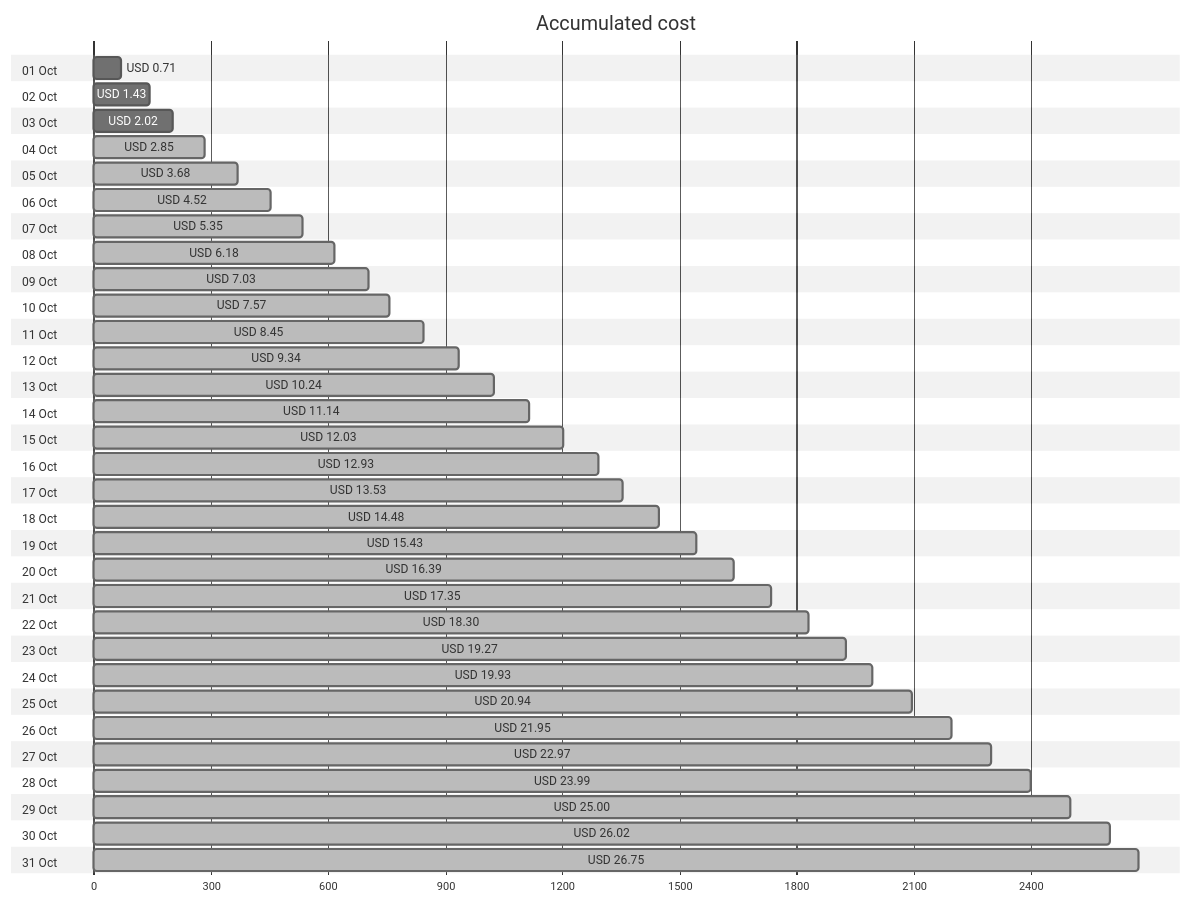
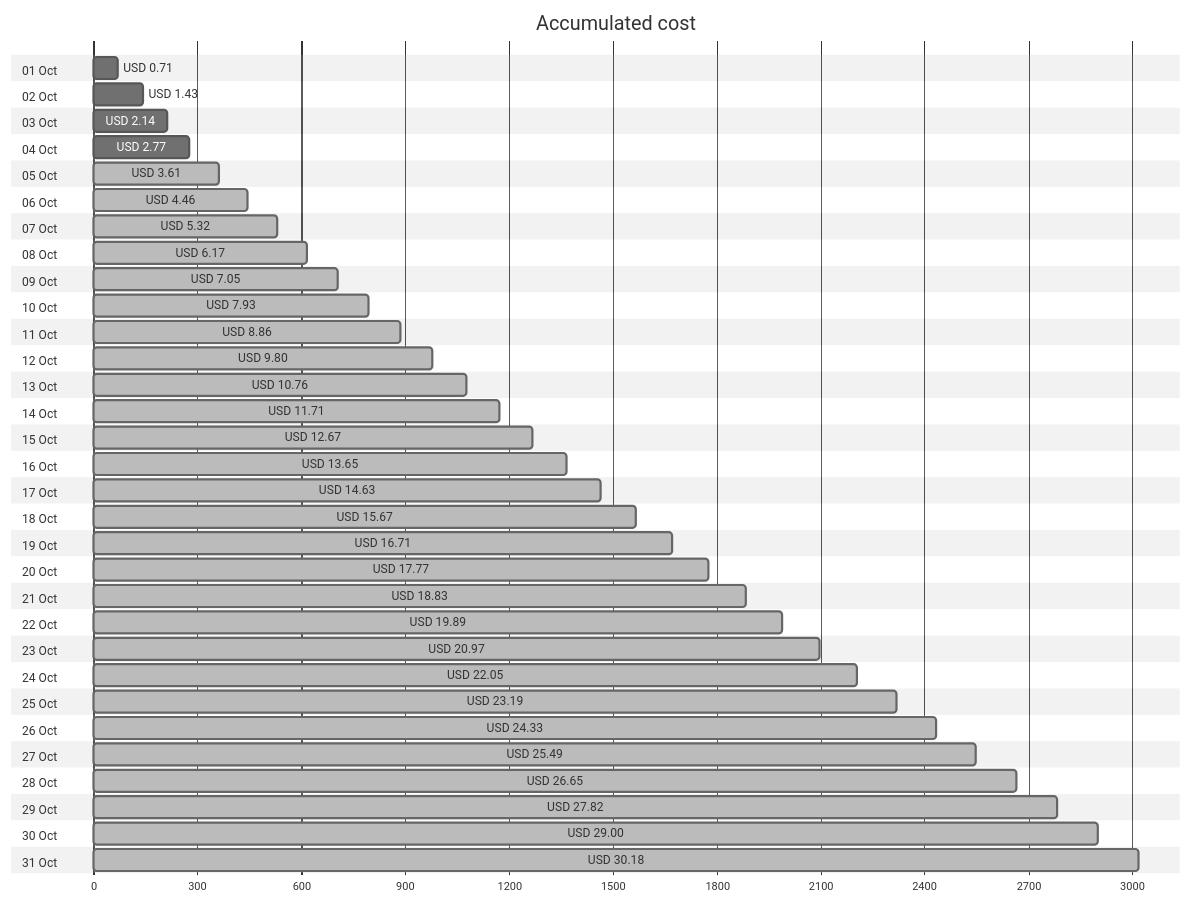
One commit to jpfulton/azure-personal-reports changed the first of 4 diagrams in cost-reports/personal-network/backup-server-data-disk.md. Above: the diagram before and after it, drawn with Mermaid (neutral theme). The commit also changed other lines of this file and 8 other files, not shown here.

````diff
--- a/cost-reports/personal-network/backup-server-data-disk.md
+++ b/cost-reports/personal-network/backup-server-data-disk.md
@@ -20,68 +20,68 @@
 ```mermaid
 gantt
    title Accumulated cost
    dateFormat  X
    axisFormat %s
    section 01 Oct
    USD 0.71 :0, 71
    section 02 Oct
    USD 1.43 :0, 143
    section 03 Oct
-   USD 2.02 :0, 202
+   USD 2.14 :0, 214
    section 04 Oct
-   USD 2.85 : done, 0, 285
+   USD 2.77 :0, 277
    section 05 Oct
-   USD 3.68 : done, 0, 368
+   USD 3.61 : done, 0, 361
    section 06 Oct
-   USD 4.52 : done, 0, 452
+   USD 4.46 : done, 0, 446
    section 07 Oct
-   USD 5.35 : done, 0, 535
+   USD 5.32 : done, 0, 532
    section 08 Oct
-   USD 6.18 : done, 0, 618
+   USD 6.17 : done, 0, 617
    section 09 Oct
-   USD 7.03 : done, 0, 703
+   USD 7.05 : done, 0, 705
    section 10 Oct
-   USD 7.57 : done, 0, 757
+   USD 7.93 : done, 0, 793
    section 11 Oct
-   USD 8.45 : done, 0, 845
+   USD 8.86 : done, 0, 886
    section 12 Oct
-   USD 9.34 : done, 0, 934
+   USD 9.80 : done, 0, 980
    section 13 Oct
-   USD 10.24 : done, 0, 1024
+   USD 10.76 : done, 0, 1076
    section 14 Oct
-   USD 11.14 : done, 0, 1114
+   USD 11.71 : done, 0, 1171
    section 15 Oct
-   USD 12.03 : done, 0, 1203
+   USD 12.67 : done, 0, 1267
    section 16 Oct
-   USD 12.93 : done, 0, 1293
+   USD 13.65 : done, 0, 1365
    section 17 Oct
-   USD 13.53 : done, 0, 1353
+   USD 14.63 : done, 0, 1463
    section 18 Oct
-   USD 14.48 : done, 0, 1448
+   USD 15.67 : done, 0, 1567
    section 19 Oct
-   USD 15.43 : done, 0, 1543
+   USD 16.71 : done, 0, 1671
    section 20 Oct
-   USD 16.39 : done, 0, 1639
+   USD 17.77 : done, 0, 1777
    section 21 Oct
-   USD 17.35 : done, 0, 1735
+   USD 18.83 : done, 0, 1883
    section 22 Oct
-   USD 18.30 : done, 0, 1830
+   USD 19.89 : done, 0, 1989
    section 23 Oct
-   USD 19.27 : done, 0, 1927
+   USD 20.97 : done, 0, 2097
    section 24 Oct
-   USD 19.93 : done, 0, 1993
+   USD 22.05 : done, 0, 2205
    section 25 Oct
-   USD 20.94 : done, 0, 2094
+   USD 23.19 : done, 0, 2319
    section 26 Oct
-   USD 21.95 : done, 0, 2195
+   USD 24.33 : done, 0, 2433
    section 27 Oct
-   USD 22.97 : done, 0, 2297
+   USD 25.49 : done, 0, 2549
    section 28 Oct
-   USD 23.99 : done, 0, 2399
+   USD 26.65 : done, 0, 2665
    section 29 Oct
-   USD 25.00 : done, 0, 2500
+   USD 27.82 : done, 0, 2782
    section 30 Oct
-   USD 26.02 : done, 0, 2602
+   USD 29.00 : done, 0, 2900
    section 31 Oct
-   USD 26.75 : done, 0, 2675
+   USD 30.18 : done, 0, 3018
 ```
````
